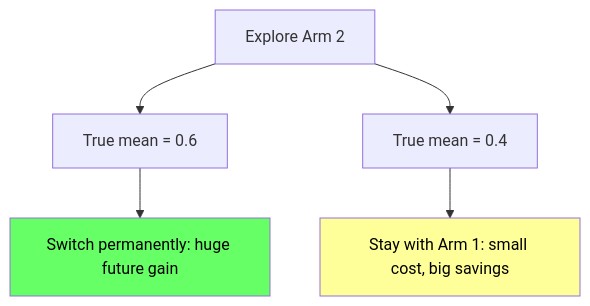
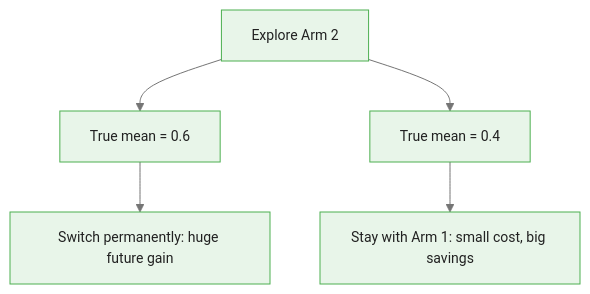
One commit to m-deane/course-creator changed the second of 4 diagrams in courses/multi-armed-bandits-ab-testing/modules/module_00_foundations/guides/03_decision_theory_basics_slides.md. Above: the diagram before and after it, drawn with Mermaid. The commit also changed other lines of this file and 146 other files, not shown here.

````diff
--- a/courses/multi-armed-bandits-ab-testing/modules/module_00_foundations/guides/03_decision_theory_basics_slides.md
+++ b/courses/multi-armed-bandits-ab-testing/modules/module_00_foundations/guides/03_decision_theory_basics_slides.md
@@ -174,9 +198,8 @@
 ```mermaid
+%%{init: {"theme": "base", "themeVariables": {"primaryColor": "#e8f5e9", "primaryBorderColor": "#4caf50", "primaryTextColor": "#212121", "secondaryColor": "#e3f2fd", "tertiaryColor": "#fff8e1", "lineColor": "#757575", "fontFamily": "Inter, sans-serif", "fontSize": "14px"}}}%%
 flowchart TD
     Explore["Explore Arm 2"] --> Good["True mean = 0.6"]
     Explore --> Bad["True mean = 0.4"]
     Good --> Switch["Switch permanently: huge future gain"]
     Bad --> Stay["Stay with Arm 1: small cost, big savings"]
-    style Switch fill:#6f6,color:#000
-    style Stay fill:#ff9,color:#000
 ```
````
